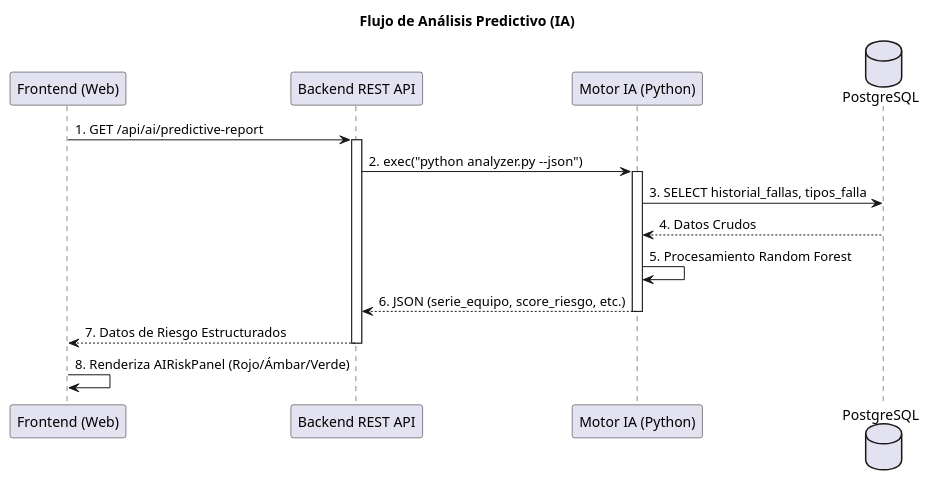
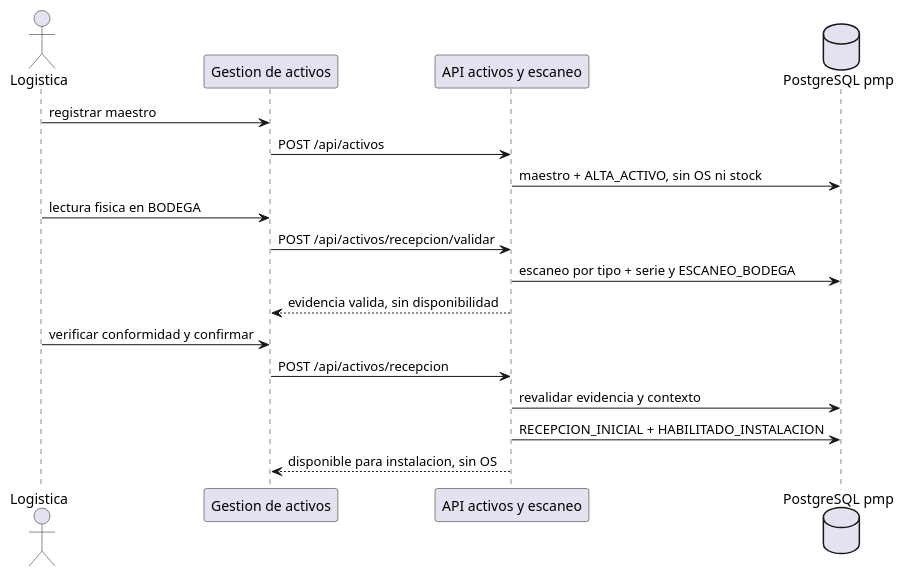
Before and after one commit to RafaOteiza/pmp-suite-capstone: the first of 2 diagrams in 02_Arquitectura/Arquitectura_06_Flujos_Datos.md, drawn with PlantUML. The commit also changed other lines of this file and 611 other files, not shown here.

Commit message:
Actualiza PMP Suite: seguridad, roles, UX web y Mobile

````diff
--- a/02_Arquitectura/Arquitectura_06_Flujos_Datos.md
+++ b/02_Arquitectura/Arquitectura_06_Flujos_Datos.md
@@ -107,25 +15,20 @@
 ```plantuml
-@startuml AI_Prediction_Sequence
-
-TITLE Flujo de Análisis Predictivo (IA)
-
-participant "Frontend (Web)" as Frontend
-participant "Backend REST API" as Backend
-participant "Motor IA (Python)" as Python
-database "PostgreSQL" as DB
-
-Frontend -> Backend : 1. GET /api/ai/predictive-report
-activate Backend
-    Backend -> Python : 2. exec("python analyzer.py --json")
-    activate Python
-        Python -> DB : 3. SELECT historial_fallas, tipos_falla
-        DB --> Python : 4. Datos Crudos
-        Python -> Python : 5. Procesamiento Random Forest
-        Python --> Backend : 6. JSON (serie_equipo, score_riesgo, etc.)
-    deactivate Python
-    Backend --> Frontend : 7. Datos de Riesgo Estructurados
-deactivate Backend
-Frontend -> Frontend : 8. Renderiza AIRiskPanel (Rojo/Ámbar/Verde)
-
+@startuml PMP_Recepcion_Inicial
+actor Logistica
+participant "Gestion de activos" as UI
+participant "API activos y escaneo" as API
+database "PostgreSQL pmp" as DB
+Logistica -> UI : registrar maestro
+UI -> API : POST /api/activos
+API -> DB : maestro + ALTA_ACTIVO, sin OS ni stock
+Logistica -> UI : lectura fisica en BODEGA
+UI -> API : POST /api/activos/recepcion/validar
+API -> DB : escaneo por tipo + serie y ESCANEO_BODEGA
+API --> UI : evidencia valida, sin disponibilidad
+Logistica -> UI : verificar conformidad y confirmar
+UI -> API : POST /api/activos/recepcion
+API -> DB : revalidar evidencia y contexto
+API -> DB : RECEPCION_INICIAL + HABILITADO_INSTALACION
+API --> UI : disponible para instalacion, sin OS
 @enduml
 ```
````
